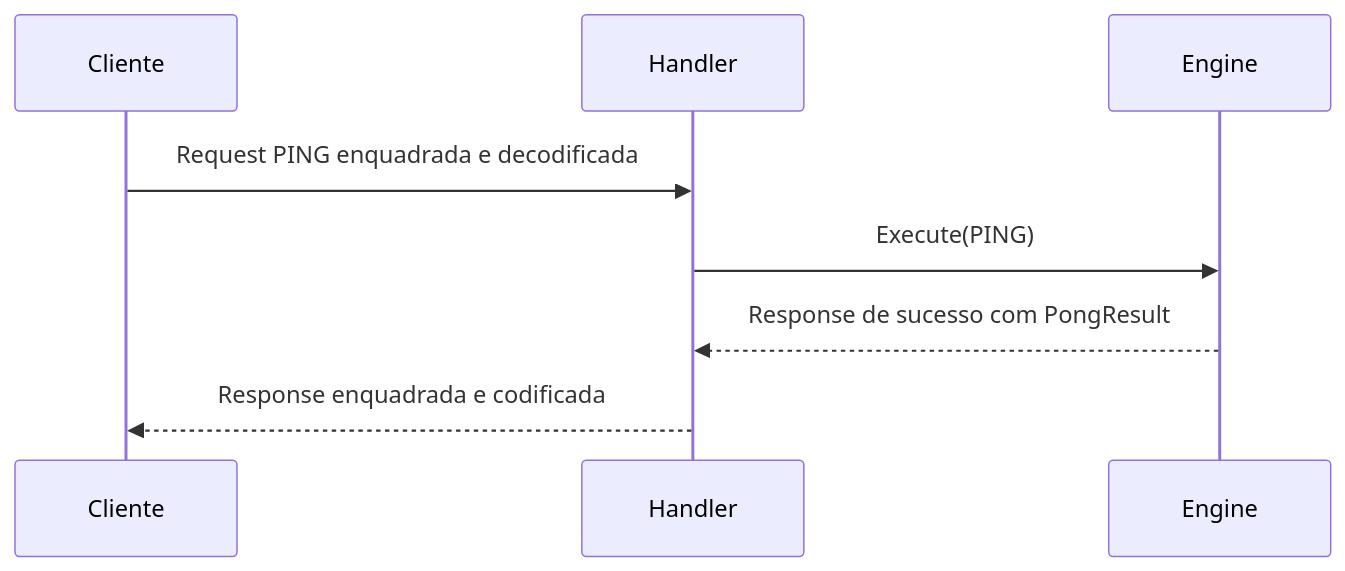
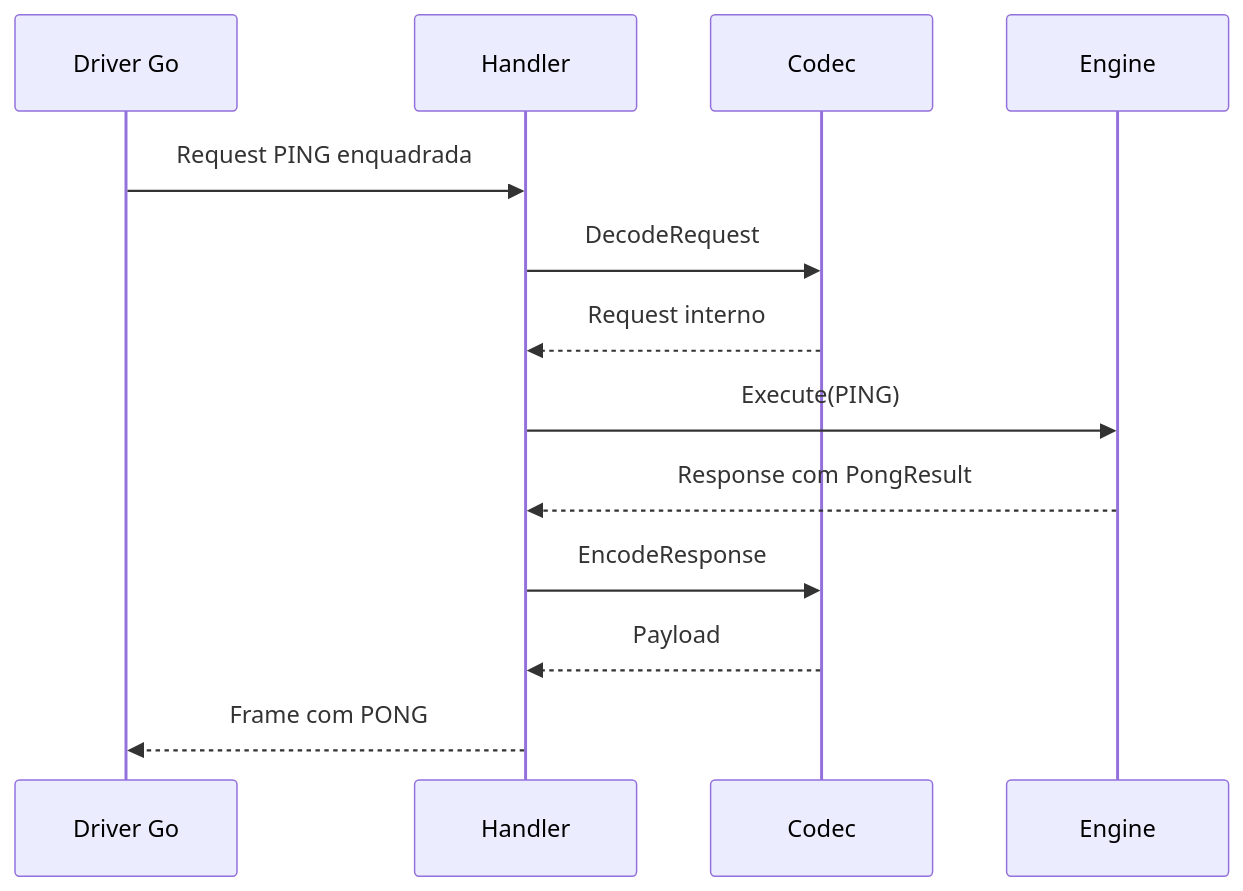
One commit to pescador95/memorydb changed the fourth of 6 diagrams in docs/tecnica/ARQUITETURA.md. Above: the diagram before and after it, drawn with Mermaid. The commit also changed other lines of this file and 26 other files, not shown here.

First line of the commit message:
refactor(architecture): modulariza transporte e inicia drivers

````diff
--- a/docs/tecnica/ARQUITETURA.md
+++ b/docs/tecnica/ARQUITETURA.md
@@ -136,10 +319,16 @@
 ```mermaid
 sequenceDiagram
-    participant C as Cliente
+    participant C as Driver Go
     participant H as Handler
+    participant P as Codec
     participant E as Engine
-    C->>H: Request PING enquadrada e decodificada
+
+    C->>H: Request PING enquadrada
+    H->>P: DecodeRequest
+    P-->>H: Request interno
     H->>E: Execute(PING)
-    E-->>H: Response de sucesso com PongResult
-    H-->>C: Response enquadrada e codificada
+    E-->>H: Response com PongResult
+    H->>P: EncodeResponse
+    P-->>H: Payload
+    H-->>C: Frame com PONG
 ```
````
